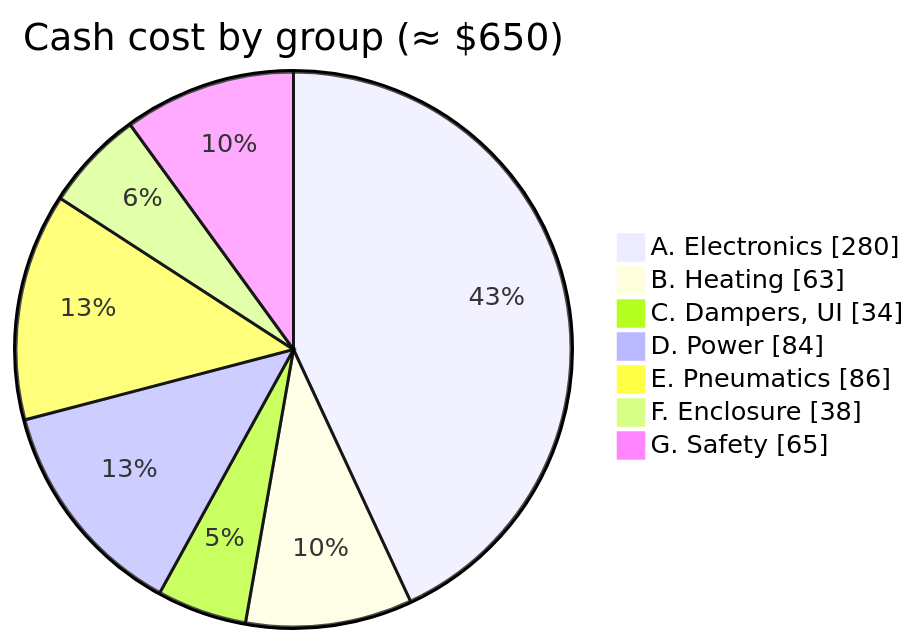
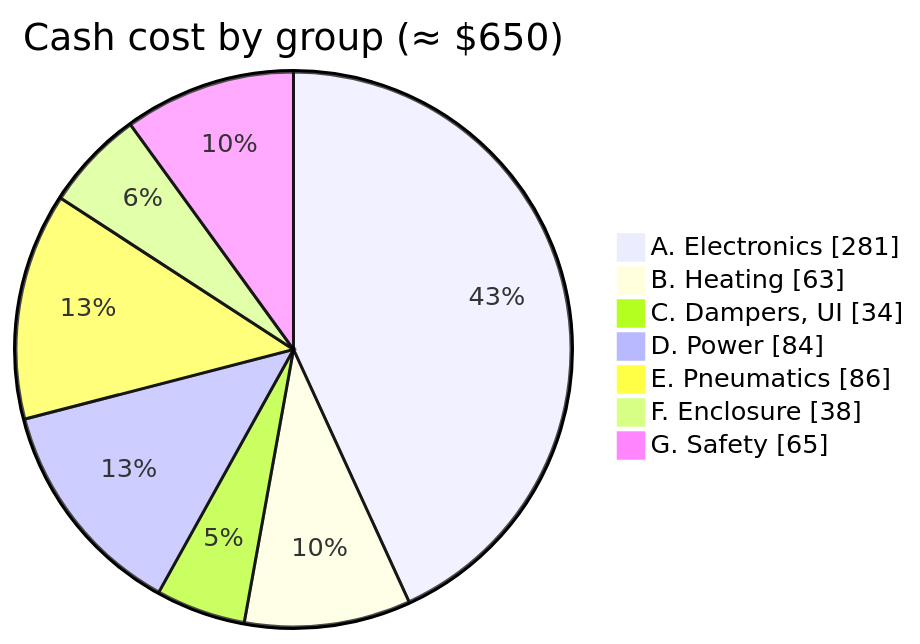
One commit to BashfulBits/3dp-fleet-exhaust changed the diagram in docs/03_bill_of_materials.md. Above: the diagram before and after it, drawn with Mermaid. The commit also changed other lines of this file and 6 other files, not shown here.

````diff
--- a/docs/03_bill_of_materials.md
+++ b/docs/03_bill_of_materials.md
@@ -28,11 +28,11 @@
 ```mermaid
 pie showData
   title Cash cost by group (≈ $650)
-  "A. Electronics" : 280
+  "A. Electronics" : 281
   "B. Heating" : 63
   "C. Dampers, UI" : 34
   "D. Power" : 84
   "E. Pneumatics" : 86
   "F. Enclosure" : 38
   "G. Safety" : 65
 ```
````
